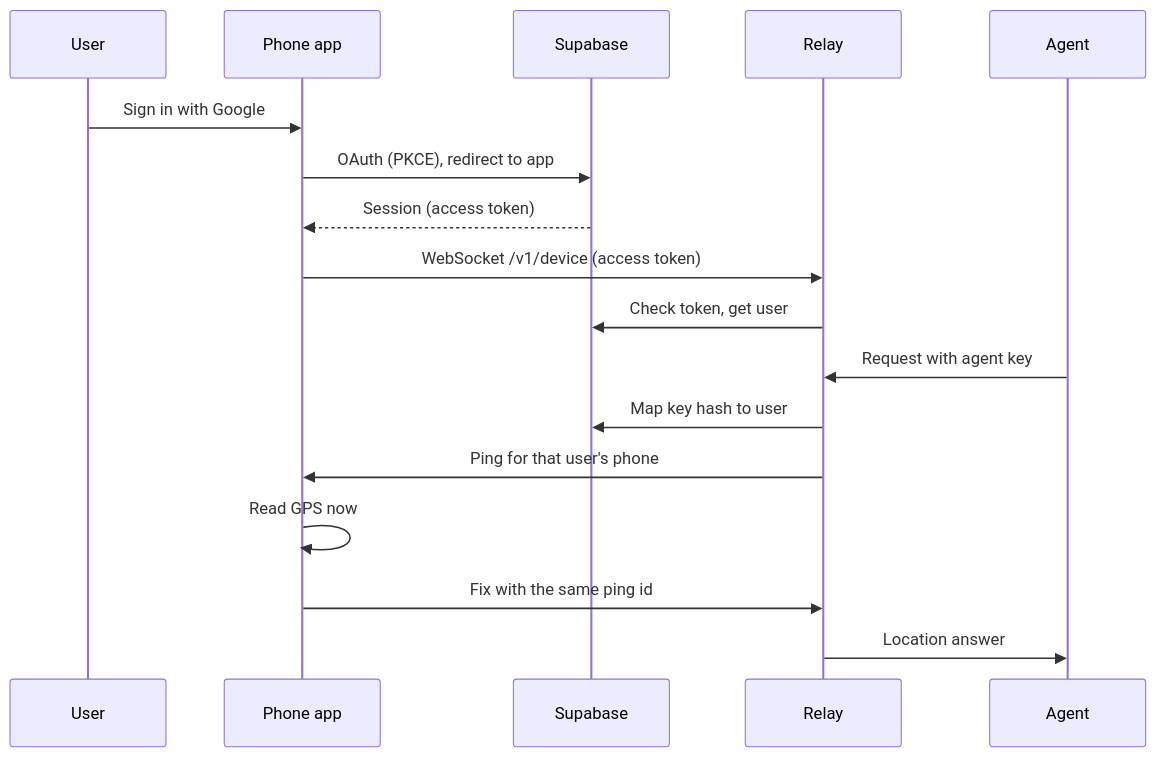
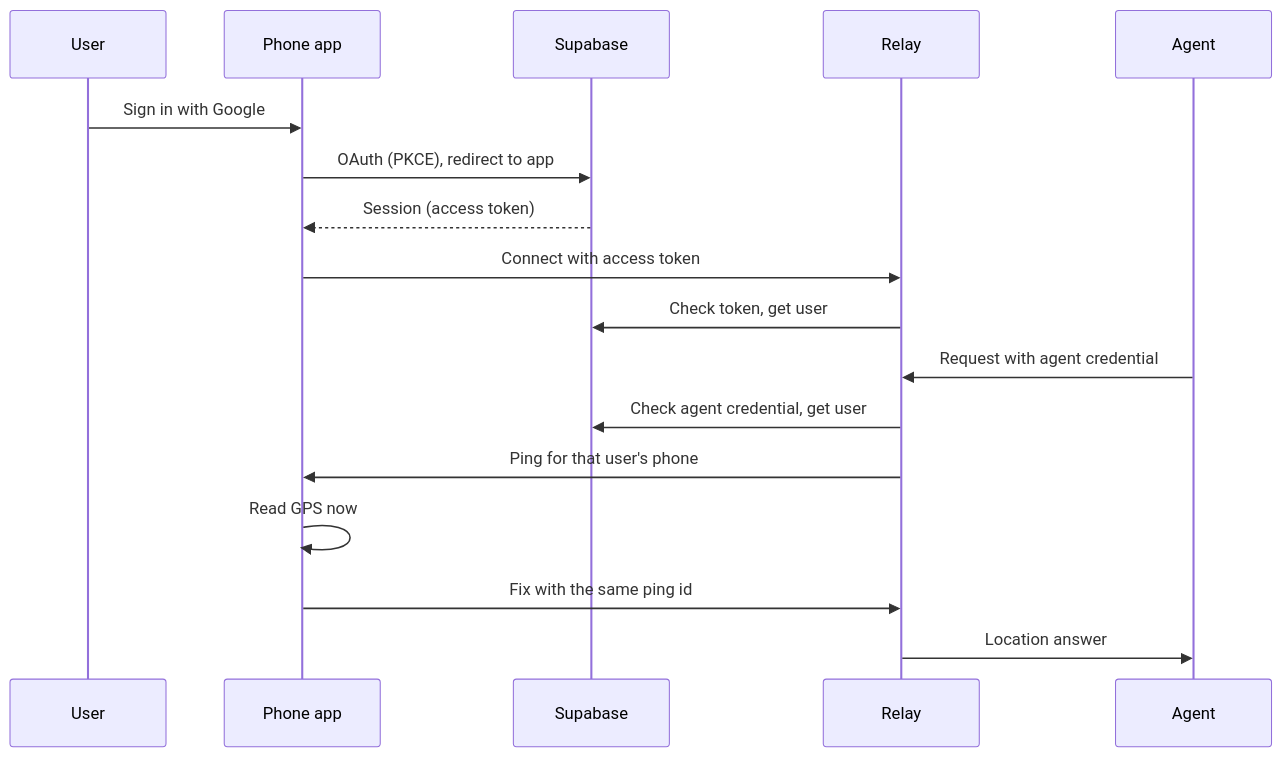
One commit to whereabot/whereabot changed the diagram in docs/architecture.md. Above: the diagram before and after it, drawn with Mermaid. The commit also changed other lines of this file and 7 other files, not shown here.

````diff
--- a/docs/architecture.md
+++ b/docs/architecture.md
@@ -18,19 +18,19 @@
 ```mermaid
 sequenceDiagram
     participant U as User
     participant P as Phone app
     participant S as Supabase
     participant R as Relay
     participant A as Agent
     U->>P: Sign in with Google
     P->>S: OAuth (PKCE), redirect to app
     S-->>P: Session (access token)
-    P->>R: WebSocket /v1/device (access token)
+    P->>R: Connect with access token
     R->>S: Check token, get user
-    A->>R: Request with agent key
-    R->>S: Map key hash to user
+    A->>R: Request with agent credential
+    R->>S: Check agent credential, get user
     R->>P: Ping for that user's phone
     P->>P: Read GPS now
     P->>R: Fix with the same ping id
     R->>A: Location answer
 ```
````
